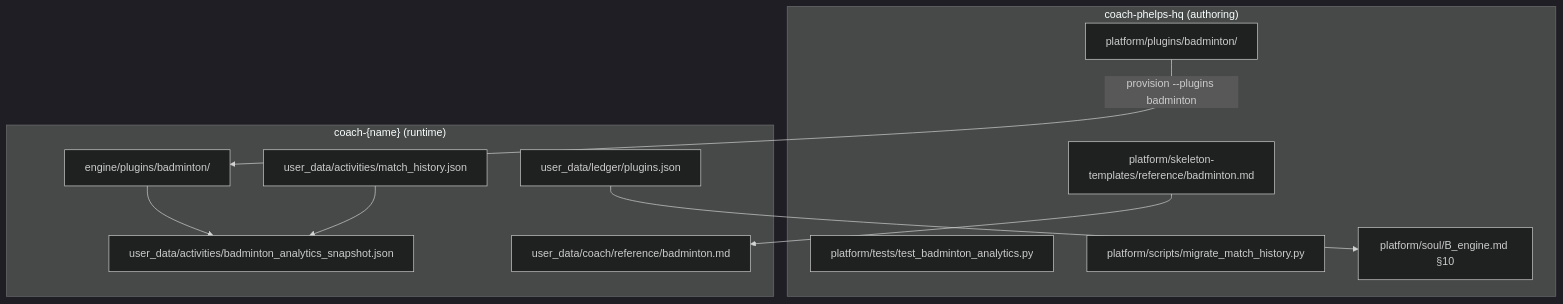
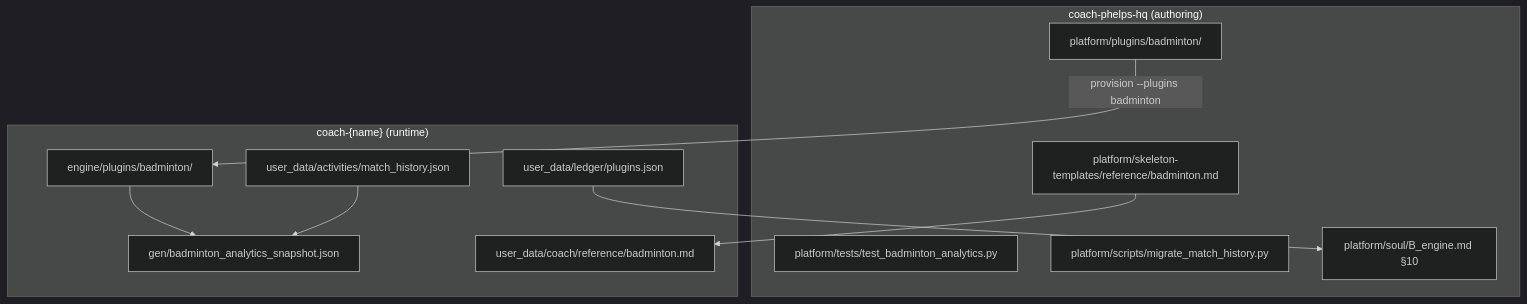
The diagram in docs/eng-docs/badminton-plugin-rollout.md (sibling-shipyard/coach-hq), drawn with Mermaid (dark theme) before and after one commit. The commit also changed other lines of this file and 9 other files, not shown here.

Commit message:
fix: move badminton analytics snapshot to gen/ (#159)

````diff
--- a/docs/eng-docs/badminton-plugin-rollout.md
+++ b/docs/eng-docs/badminton-plugin-rollout.md
@@ -7,22 +7,22 @@
 ```mermaid
 flowchart TB
   subgraph hq ["coach-phelps-hq (authoring)"]
     PACK["platform/plugins/badminton/"]
     TESTS["platform/tests/test_badminton_analytics.py"]
     MIG["platform/scripts/migrate_match_history.py"]
     SOUL["platform/soul/B_engine.md §10"]
     TPL["platform/skeleton-templates/reference/badminton.md"]
   end
   subgraph athlete ["coach-{name} (runtime)"]
     GATE["user_data/ledger/plugins.json"]
     ENG["engine/plugins/badminton/"]
     MH["user_data/activities/match_history.json"]
-    SNAP["user_data/activities/badminton_analytics_snapshot.json"]
+    SNAP["gen/badminton_analytics_snapshot.json"]
     REF["user_data/coach/reference/badminton.md"]
   end
   PACK -->|"provision --plugins badminton"| ENG
   TPL --> REF
   GATE --> SOUL
   MH --> SNAP
   ENG --> SNAP
 ```
````
